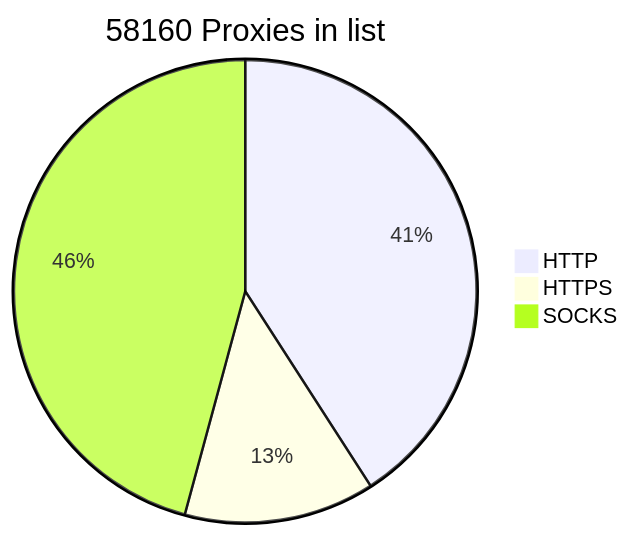
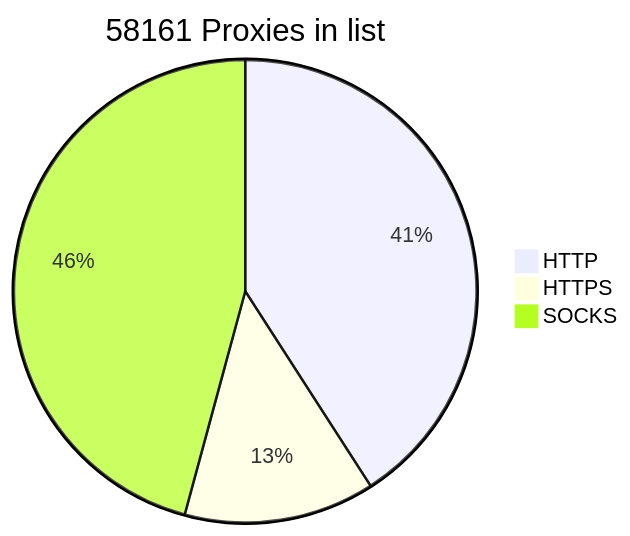
One commit to BlackSnowDot/proxylist-update-every-minute changed the diagram in README.md. Above: the diagram before and after it, drawn with Mermaid.

````diff
--- a/README.md
+++ b/README.md
@@ -2,6 +2,6 @@
 ```mermaid
-pie title 58160 Proxies in list
-    "HTTP" : 26796
-    "HTTPS": 8724
+pie title 58161 Proxies in list
+    "HTTP" : 26797
+    "HTTPS": 8725
     "SOCKS" : 30002
 ```
````
